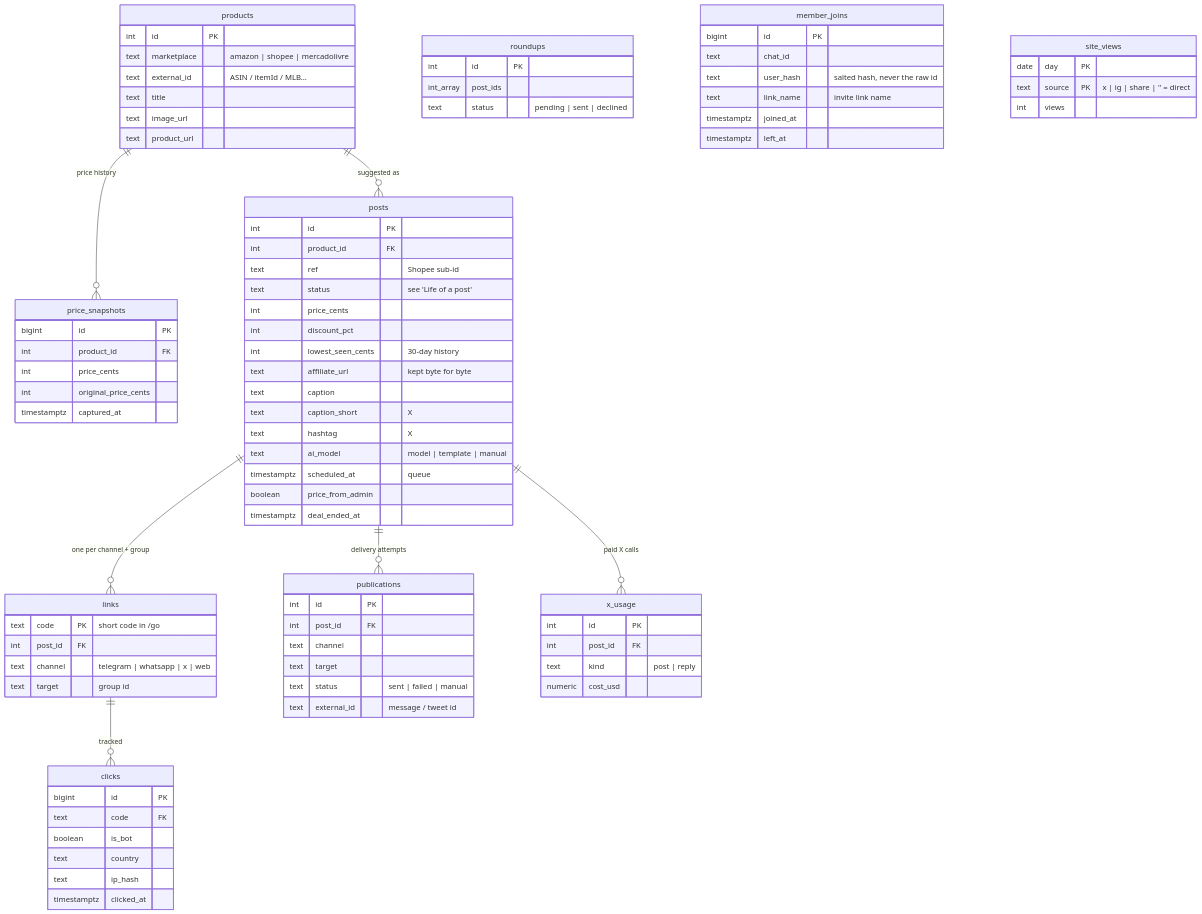
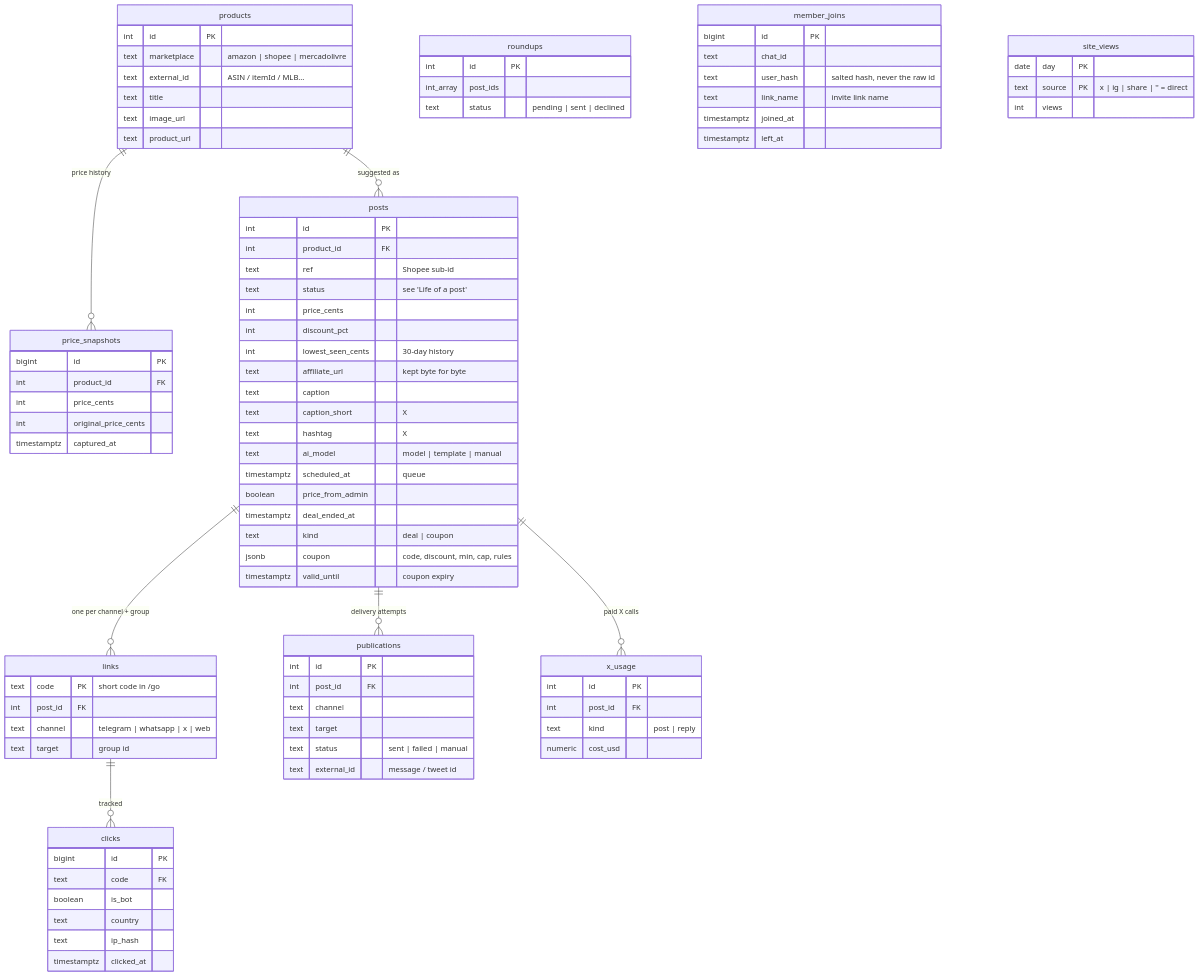
One commit to David-Ackerman/dev-das-promos changed the ninth of 9 diagrams in docs/ARCHITECTURE.md. Above: the diagram before and after it, drawn with Mermaid. The commit also changed other lines of this file and 21 other files, not shown here.

```diff
--- a/docs/ARCHITECTURE.md
+++ b/docs/ARCHITECTURE.md
@@ -351,6 +351,9 @@
     timestamptz scheduled_at "queue"
     boolean price_from_admin
     timestamptz deal_ended_at
+    text kind "deal | coupon"
+    jsonb coupon "code, discount, min, cap, rules"
+    timestamptz valid_until "coupon expiry"
   }
   links {
     text code PK "short code in /go"
```
